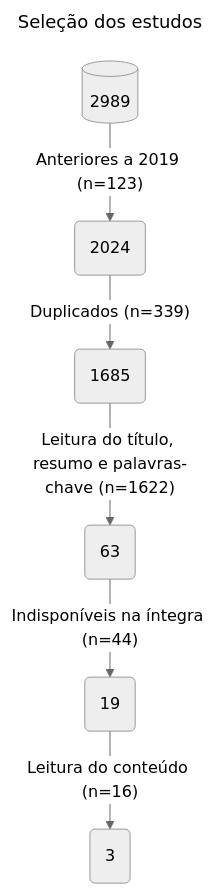
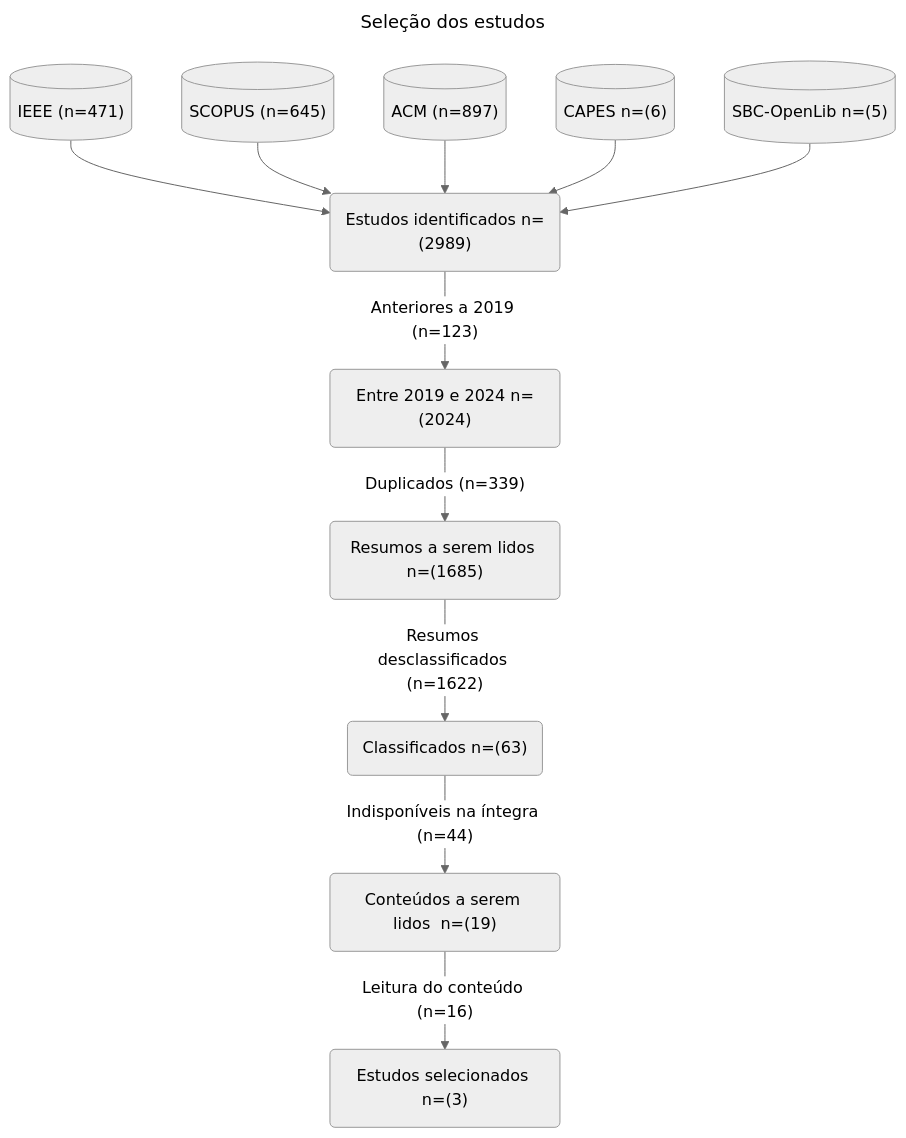
The diagram in flowchart.mermaid (emanoelopes/-SBBD_DS4SG_2024_RSL), drawn with Mermaid (neutral theme) before and after one commit.

Commit message:
Quantidade em cada base
Agora com o quantitativo para cada base.

```diff
--- a/flowchart.mermaid
+++ b/flowchart.mermaid
@@ -1,9 +1,14 @@
 ---
 title: Seleção dos estudos
 ---
 flowchart TD
-    A[(2989)] -->|"Anteriores a 2019 (n=123)"| B(2024)
-    B --> |"Duplicados (n=339)"| C(1685)
-    C --> |"Leitura do título, resumo e palavras-chave (n=1622)"| D(63)
-    D --> |"Indisponíveis na íntegra (n=44)"| E(19)
-    E --> |"Leitura do conteúdo (n=16)"| F(3)
+    IEEE[("IEEE (n=471)")] --> A
+    SCOPUS[("SCOPUS (n=645)")] --> A
+    ACM[("ACM (n=897)")] --> A
+    CAPES[("CAPES n=(6)")] --> A
+    SBC[("SBC-OpenLib n=(5)")] --> A
+    A("Estudos identificados n=(2989)") -->|"Anteriores a 2019 (n=123)"| B("Entre 2019 e 2024 n=(2024)")
+    B --> |"Duplicados (n=339)"| C("Resumos a serem lidos n=(1685)")
+    C --> |"Resumos desclassificados (n=1622)"| D("Classificados n=(63)")
+    D --> |"Indisponíveis na íntegra (n=44)"| E("Conteúdos a serem lidos  n=(19)")
+    E --> |"Leitura do conteúdo (n=16)"| F("Estudos selecionados n=(3)")
```
